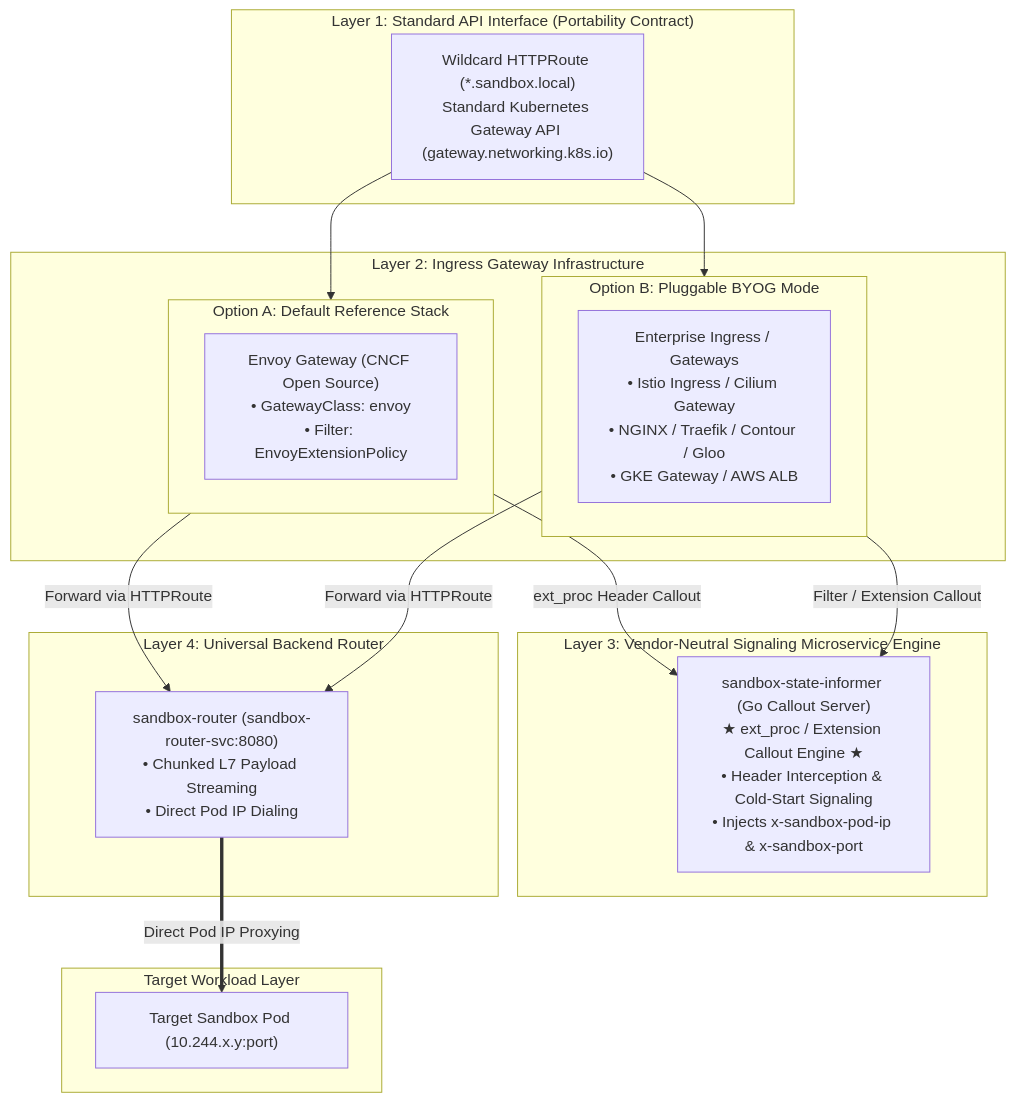
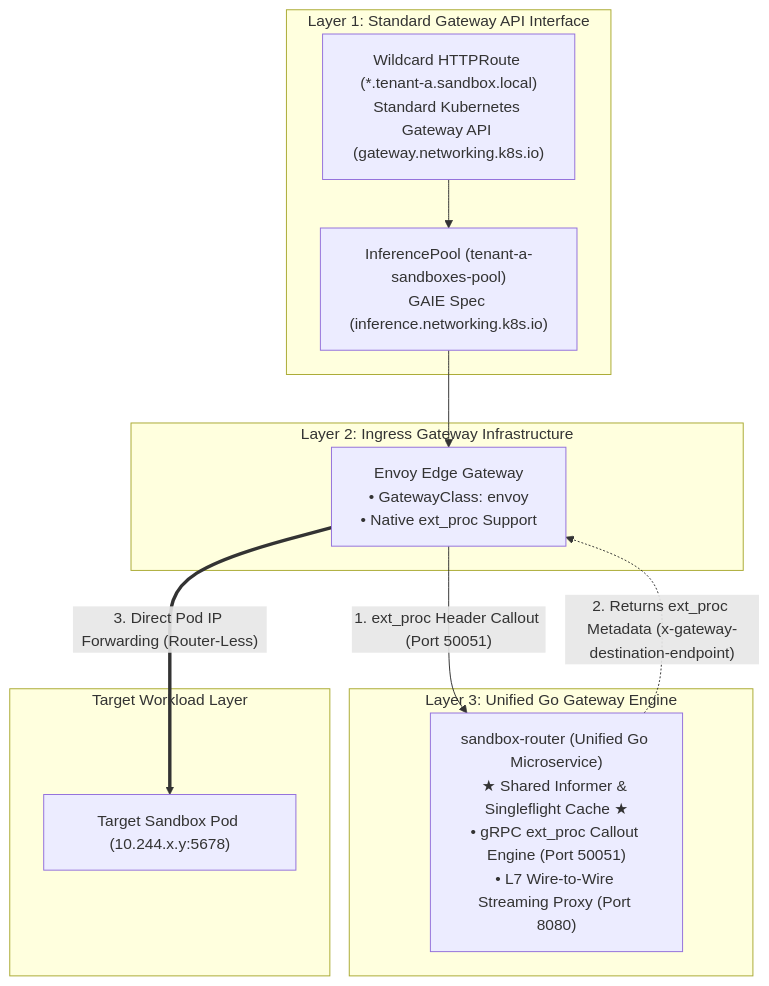
The first of 3 diagrams in docs/keps/1174-agent-sandbox-gateway/README.md (kubernetes-sigs/agent-sandbox), drawn with Mermaid before and after one commit. The commit also changed other lines of this file and 42 other files, not shown here.

Commit message:
Implement via inference pool.

````diff
--- a/docs/keps/1174-agent-sandbox-gateway/README.md
+++ b/docs/keps/1174-agent-sandbox-gateway/README.md
@@ -92,39 +89,26 @@
 ```mermaid
 flowchart TB
-    subgraph Routing["Layer 1: Standard API Interface (Portability Contract)"]
-        HTTPRoute["Wildcard HTTPRoute (*.sandbox.local)<br/>Standard Kubernetes Gateway API (gateway.networking.k8s.io)"]
+    subgraph Routing["Layer 1: Standard Gateway API Interface"]
+        HTTPRoute["Wildcard HTTPRoute (*.tenant-a.sandbox.local)<br/>Standard Kubernetes Gateway API (gateway.networking.k8s.io)"]
+        InfPool["InferencePool (tenant-a-sandboxes-pool)<br/>GAIE Spec (inference.networking.k8s.io)"]
     end
 
     subgraph Infrastructure["Layer 2: Ingress Gateway Infrastructure"]
-        subgraph OptionA["Option A: Default Reference Stack"]
-            EnvoyGateway["Envoy Gateway (CNCF Open Source)<br/>• GatewayClass: envoy<br/>• Filter: EnvoyExtensionPolicy"]
-        end
-
-        subgraph OptionB["Option B: Pluggable BYOG Mode"]
-            EnterpriseGateway["Enterprise Ingress / Gateways<br/>• Istio Ingress / Cilium Gateway<br/>• NGINX / Traefik / Contour / Gloo<br/>• GKE Gateway / AWS ALB"]
-        end
+        EnvoyGateway["Envoy Edge Gateway<br/>• GatewayClass: envoy<br/>• Native ext_proc Support"]
     end
 
-    subgraph ServiceEngine["Layer 3: Vendor-Neutral Signaling Microservice Engine"]
-        CalloutService["sandbox-state-informer (Go Callout Server)<br/>★ ext_proc / Extension Callout Engine ★<br/>• Header Interception & Cold-Start Signaling<br/>• Injects x-sandbox-pod-ip & x-sandbox-port"]
-    end
-
-    subgraph RouterLayer["Layer 4: Universal Backend Router"]
-        SandboxRouter["sandbox-router (sandbox-router-svc:8080)<br/>• Chunked L7 Payload Streaming<br/>• Direct Pod IP Dialing"]
+    subgraph ServiceEngine["Layer 3: Unified Go Gateway Engine"]
+        SandboxRouter["sandbox-router (Unified Go Microservice)<br/>★ Shared Informer & Singleflight Cache ★<br/>• gRPC ext_proc Callout Engine (Port 50051)<br/>• L7 Wire-to-Wire Streaming Proxy (Port 8080)"]
     end
 
     subgraph Workload["Target Workload Layer"]
-        SandboxPod["Target Sandbox Pod (10.244.x.y:port)"]
+        SandboxPod["Target Sandbox Pod (10.244.x.y:5678)"]
     end
 
-    HTTPRoute --> OptionA
-    HTTPRoute --> OptionB
+    HTTPRoute --> InfPool
+    InfPool --> EnvoyGateway
 
-    OptionA -->|"ext_proc Header Callout"| CalloutService
-    OptionB -->|"Filter / Extension Callout"| CalloutService
-
-    OptionA -->|"Forward via HTTPRoute"| SandboxRouter
-    OptionB -->|"Forward via HTTPRoute"| SandboxRouter
-
-    SandboxRouter ==>|"Direct Pod IP Proxying"| SandboxPod
+    EnvoyGateway -->|"1. ext_proc Header Callout (Port 50051)"| SandboxRouter
+    SandboxRouter -.->|"2. Returns ext_proc Metadata (x-gateway-destination-endpoint)"| EnvoyGateway
+    EnvoyGateway ==>|"3. Direct Pod IP Forwarding (Router-Less)"| SandboxPod
 ```
````
